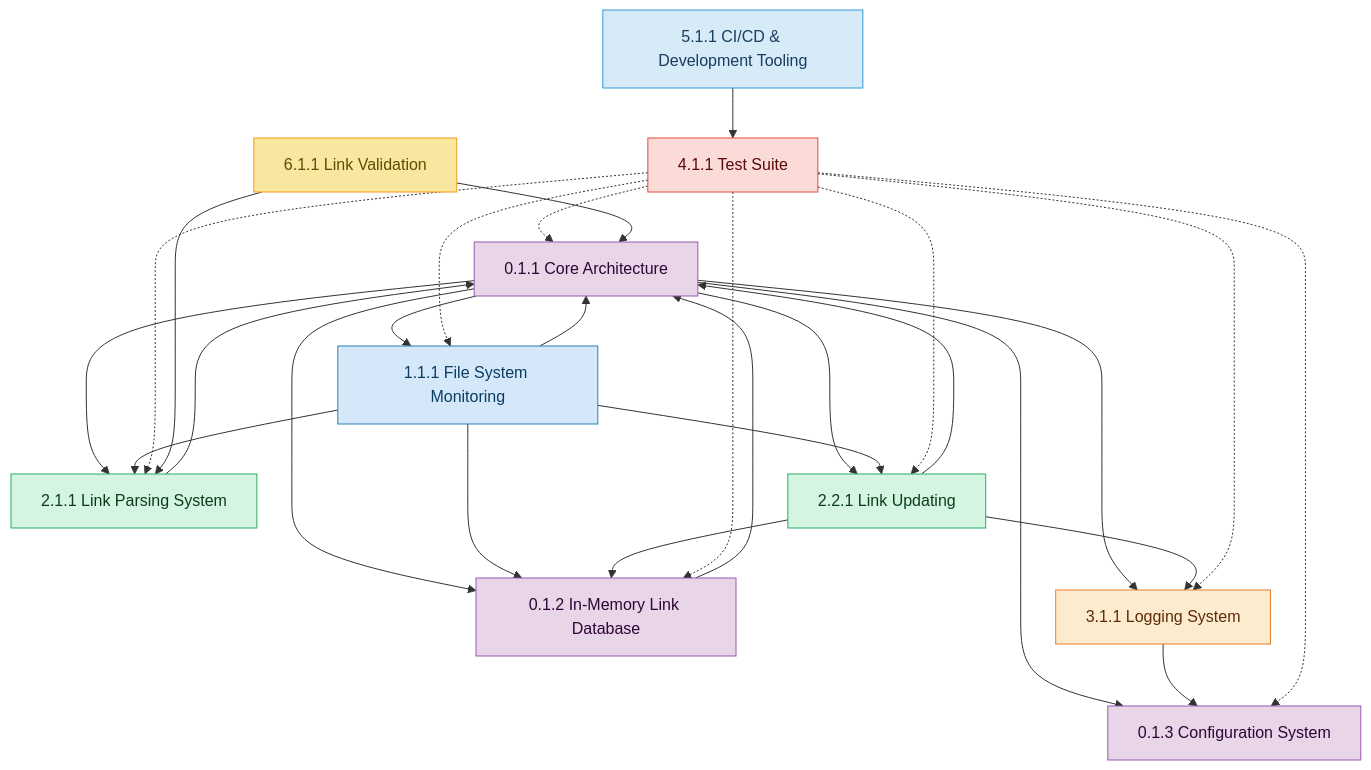
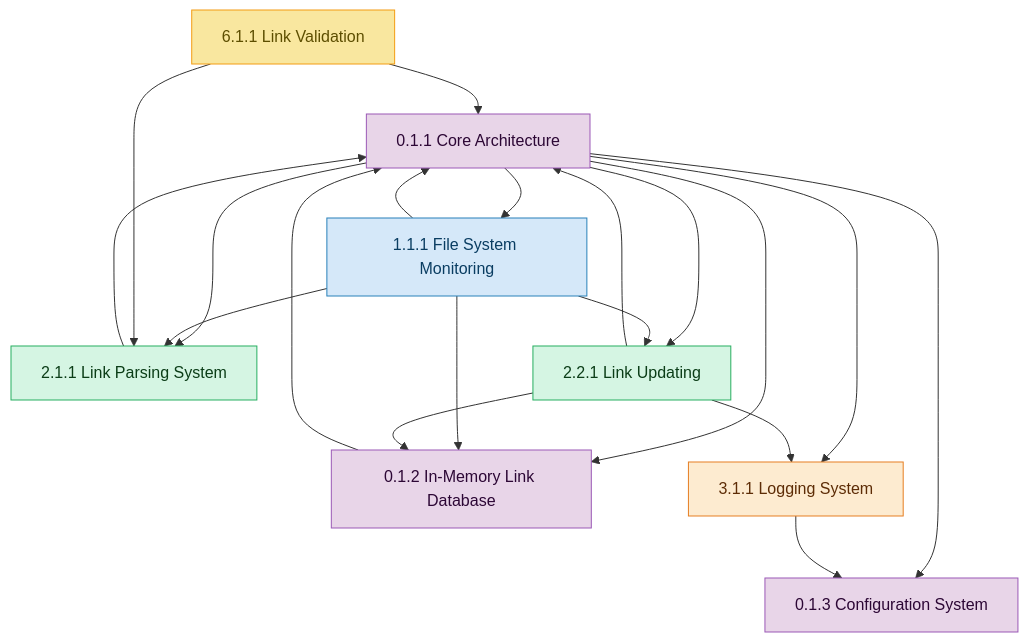
Before and after one commit to Abtomation/LinkWatcher: the diagram in doc/product-docs/technical/design/feature-dependencies.md, drawn with Mermaid. The commit also changed other lines of this file and 748 other files, not shown here.

````diff
--- a/doc/product-docs/technical/design/feature-dependencies.md
+++ b/doc/product-docs/technical/design/feature-dependencies.md
@@ -21,60 +21,48 @@
 ```mermaid
 graph TD
 
     classDef foundation fill:#e8d5e8,stroke:#9b59b6,color:#2c0735
     classDef filewatching fill:#d5e8f9,stroke:#2980b9,color:#0a3d62
     classDef linkprocessing fill:#d5f5e3,stroke:#27ae60,color:#0b3d17
     classDef monitoring fill:#fdebd0,stroke:#e67e22,color:#5d2c06
     classDef testing fill:#fadbd8,stroke:#e74c3c,color:#5a0a0a
     classDef cicd fill:#d6eaf8,stroke:#3498db,color:#1a3c5e
     classDef validation fill:#f9e79f,stroke:#f39c12,color:#5d4e00
 
     F0_1_1["0.1.1 Core Architecture"]
     F0_1_2["0.1.2 In-Memory Link Database"]
     F0_1_3["0.1.3 Configuration System"]
     F1_1_1["1.1.1 File System Monitoring"]
     F2_1_1["2.1.1 Link Parsing System"]
     F2_2_1["2.2.1 Link Updating"]
     F3_1_1["3.1.1 Logging System"]
-    F4_1_1["4.1.1 Test Suite"]
-    F5_1_1["5.1.1 CI/CD & Development Tooling"]
     F6_1_1["6.1.1 Link Validation"]
 
     F0_1_1 --> F0_1_2
     F0_1_1 --> F0_1_3
     F0_1_1 --> F1_1_1
     F0_1_1 --> F2_1_1
     F0_1_1 --> F2_2_1
     F0_1_1 --> F3_1_1
     F0_1_2 --> F0_1_1
     F1_1_1 --> F0_1_1
     F1_1_1 --> F0_1_2
     F1_1_1 --> F2_1_1
     F1_1_1 --> F2_2_1
     F2_1_1 --> F0_1_1
     F2_2_1 --> F0_1_1
     F2_2_1 --> F0_1_2
     F2_2_1 --> F3_1_1
     F3_1_1 --> F0_1_3
-    F4_1_1 -.-> F0_1_1
-    F4_1_1 -.-> F0_1_2
-    F4_1_1 -.-> F0_1_3
-    F4_1_1 -.-> F1_1_1
-    F4_1_1 -.-> F2_1_1
-    F4_1_1 -.-> F2_2_1
-    F4_1_1 -.-> F3_1_1
-    F5_1_1 --> F4_1_1
     F6_1_1 --> F0_1_1
     F6_1_1 --> F2_1_1
 
     class F0_1_1 foundation
     class F0_1_2 foundation
     class F0_1_3 foundation
     class F1_1_1 filewatching
     class F2_1_1 linkprocessing
     class F2_2_1 linkprocessing
     class F3_1_1 monitoring
-    class F4_1_1 testing
-    class F5_1_1 cicd
     class F6_1_1 validation
 ```
````
